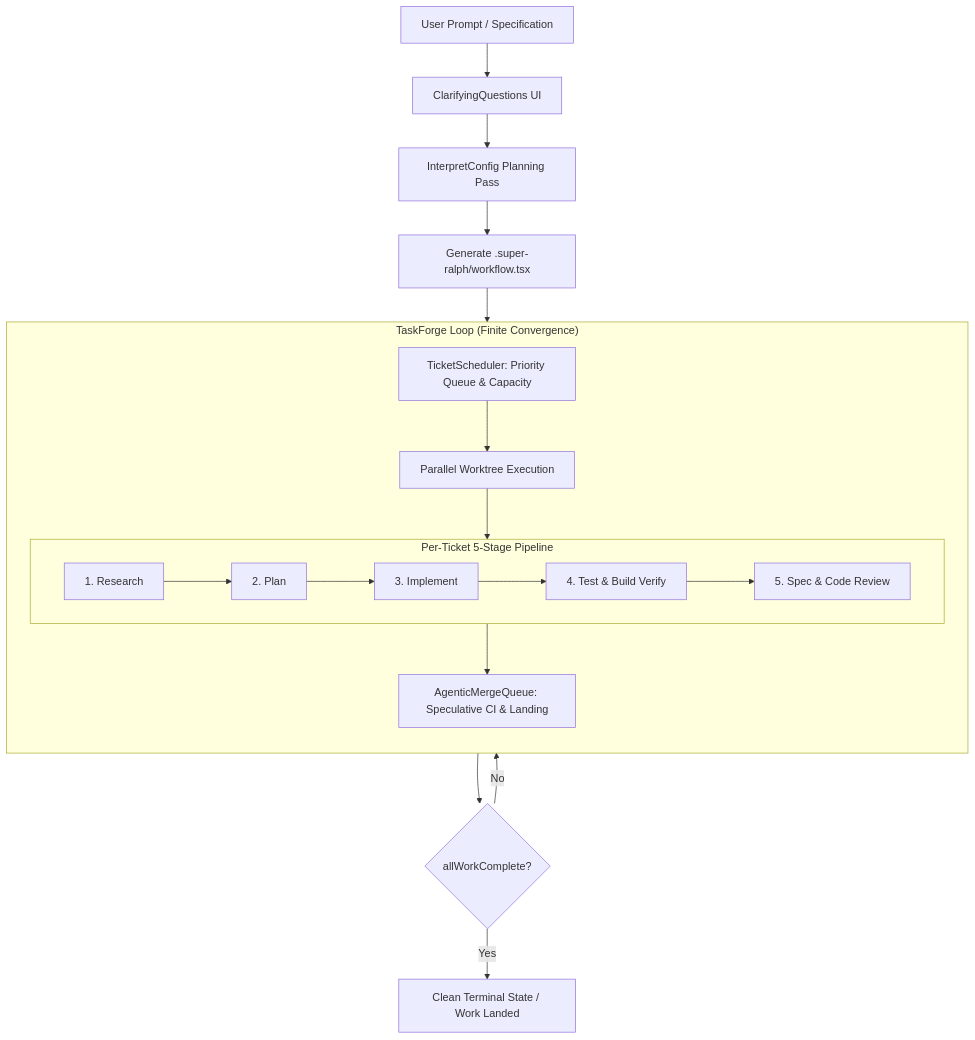
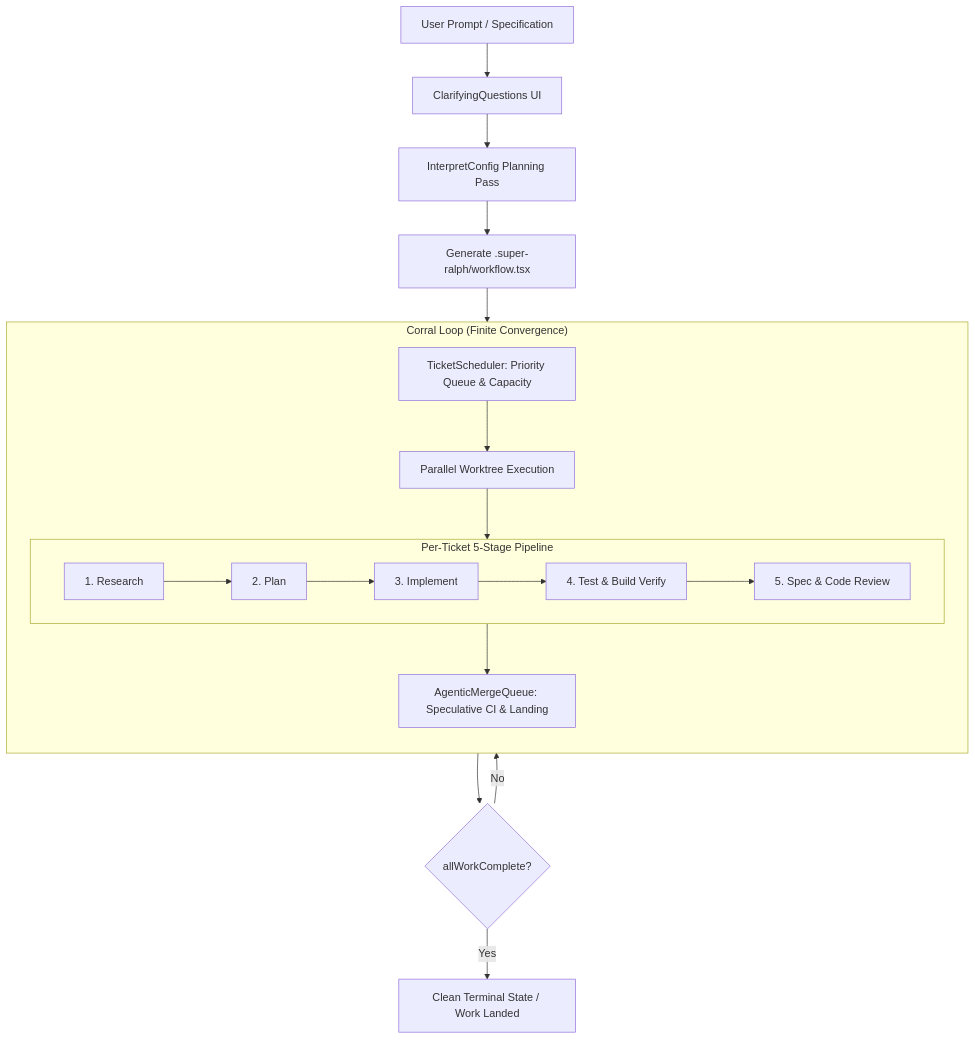
The diagram in README.md (toxicwind/super-ralph), drawn with Mermaid before and after one commit. The commit also changed other lines of this file and 2 other files, not shown here.

Commit message:
feat(rebrand): establish Sovereign Corral (@sovereign/corral) aligning with sovereign pastoral grammar

````diff
--- a/README.md
+++ b/README.md
@@ -16,26 +16,26 @@
 ```mermaid
 flowchart TD
     Prompt[User Prompt / Specification] --> Clarify[ClarifyingQuestions UI]
     Clarify --> PlanPass[InterpretConfig Planning Pass]
     PlanPass --> Gen[Generate .super-ralph/workflow.tsx]
     
-    subgraph TaskForgeLoop["TaskForge Loop (Finite Convergence)"]
+    subgraph CorralLoop["Corral Loop (Finite Convergence)"]
         direction TB
         Sched[TicketScheduler: Priority Queue & Capacity] --> Exec[Parallel Worktree Execution]
         
         subgraph StagePipeline["Per-Ticket 5-Stage Pipeline"]
             Research[1. Research] --> Plan[2. Plan]
             Plan --> Implement[3. Implement]
             Implement --> Test[4. Test & Build Verify]
             Test --> Review[5. Spec & Code Review]
         end
         
         Exec --> StagePipeline
         StagePipeline --> MergeQ[AgenticMergeQueue: Speculative CI & Landing]
     end
     
-    Gen --> TaskForgeLoop
+    Gen --> CorralLoop
     MergeQ --> Done{allWorkComplete?}
     Done -- No --> Sched
     Done -- Yes --> Settled[Clean Terminal State / Work Landed]
 ```
````
